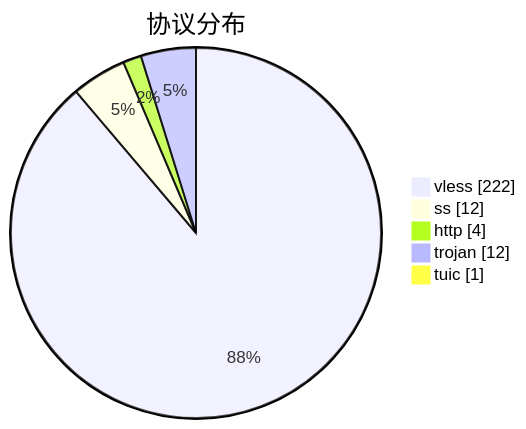
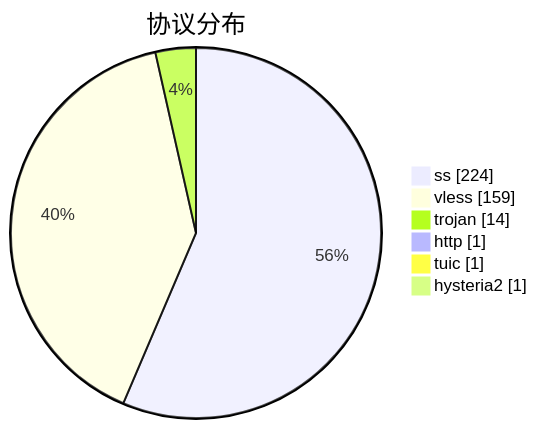
The third of 3 diagrams in subs/statistics/tested_within.md (qjlxg/airport), drawn with Mermaid before and after one commit. The commit also changed other lines of this file and 2 other files, not shown here.

````diff
--- a/subs/statistics/tested_within.md
+++ b/subs/statistics/tested_within.md
@@ -30,9 +30,10 @@
 ```mermaid
 pie showData
 title 协议分布
-"vless" : 222
-"ss" : 12
-"http" : 4
-"trojan" : 12
+"ss" : 224
+"vless" : 159
+"trojan" : 14
+"http" : 1
 "tuic" : 1
+"hysteria2" : 1
 ```
````
